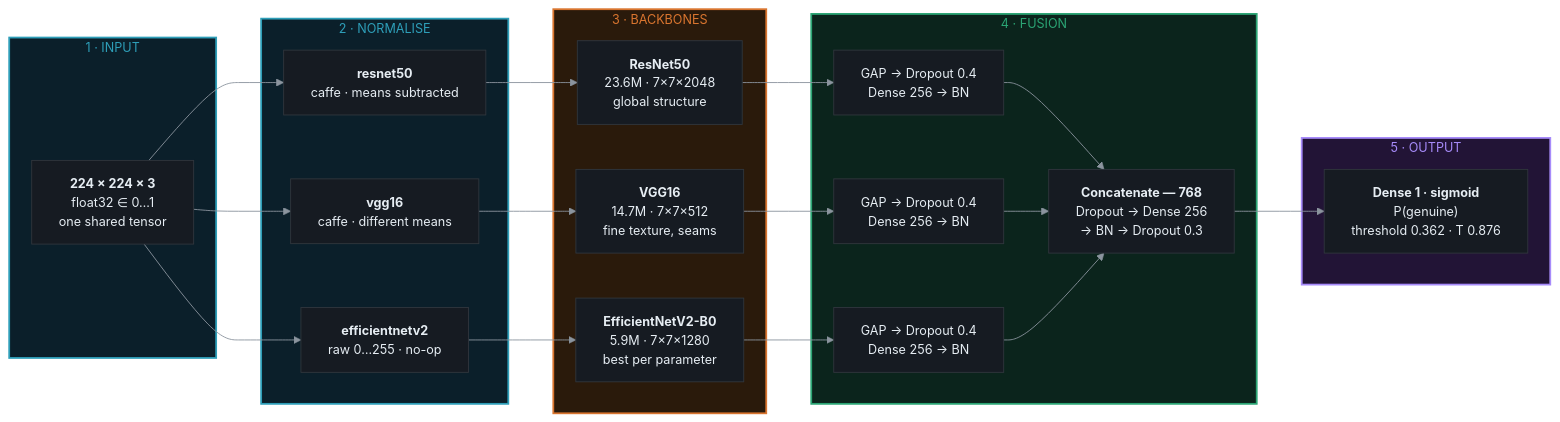
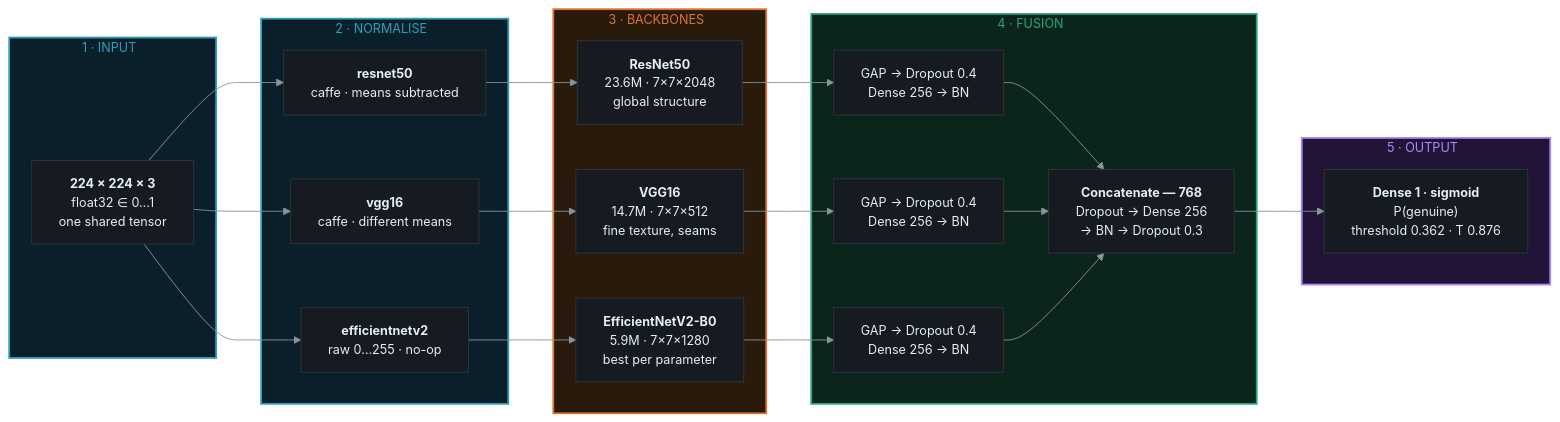
The first of 3 diagrams in README.md (adarshcod30/OpenForensics), drawn with Mermaid before and after one commit. The commit also changed other lines of this file, not shown here.

First line of the commit message:
Stop the diagram section titles clipping

````diff
--- a/README.md
+++ b/README.md
@@ -48,47 +48,47 @@
 ```mermaid
 %%{init: {'theme':'base','themeVariables':{
   'background':'#0d1117','primaryColor':'#161b22','primaryTextColor':'#e6edf3',
   'primaryBorderColor':'#30363d','secondaryColor':'#161b22','tertiaryColor':'#161b22',
   'lineColor':'#8b949e','textColor':'#e6edf3','fontSize':'14px',
   'fontFamily':'ui-sans-serif,-apple-system,Segoe UI,sans-serif',
   'clusterBkg':'transparent','clusterBorder':'#30363d','edgeLabelBackground':'#21262d'
 }}}%%
 flowchart LR
-    subgraph S1["1 · INPUT"]
+    subgraph S1["1 · INPUT&nbsp;&nbsp;"]
         IN["<b>224 × 224 × 3</b><br/>float32 ∈ 0…1<br/>one shared tensor"]
     end
 
-    subgraph S2["2 · NORMALISE"]
+    subgraph S2["2 · NORMALISE&nbsp;&nbsp;"]
         P1["<b>resnet50</b><br/>caffe · means subtracted"]
         P2["<b>vgg16</b><br/>caffe · different means"]
         P3["<b>efficientnetv2</b><br/>raw 0…255 · no-op"]
     end
 
-    subgraph S3["3 · BACKBONES"]
+    subgraph S3["3 · BACKBONES&nbsp;&nbsp;"]
         B1["<b>ResNet50</b><br/>23.6M · 7×7×2048<br/>global structure"]
         B2["<b>VGG16</b><br/>14.7M · 7×7×512<br/>fine texture, seams"]
         B3["<b>EfficientNetV2-B0</b><br/>5.9M · 7×7×1280<br/>best per parameter"]
     end
 
-    subgraph S4["4 · FUSION"]
+    subgraph S4["4 · FUSION&nbsp;&nbsp;"]
         H1["GAP → Dropout 0.4<br/>Dense 256 → BN"]
         H2["GAP → Dropout 0.4<br/>Dense 256 → BN"]
         H3["GAP → Dropout 0.4<br/>Dense 256 → BN"]
         F["<b>Concatenate — 768</b><br/>Dropout → Dense 256<br/>→ BN → Dropout 0.3"]
     end
 
-    subgraph S5["5 · OUTPUT"]
+    subgraph S5["5 · OUTPUT&nbsp;&nbsp;"]
         O["<b>Dense 1 · sigmoid</b><br/>P(genuine)<br/>threshold 0.362 · T 0.876"]
     end
 
     IN --> P1 --> B1 --> H1 --> F
     IN --> P2 --> B2 --> H2 --> F
     IN --> P3 --> B3 --> H3 --> F
     F --> O
 
     style S1 fill:#0b1f2a,stroke:#2E9EB8,stroke-width:2px,color:#2E9EB8
     style S2 fill:#0b1f2a,stroke:#2E9EB8,stroke-width:2px,color:#2E9EB8
     style S3 fill:#2a1a0b,stroke:#D9752F,stroke-width:2px,color:#D9752F
     style S4 fill:#0b241c,stroke:#2BA574,stroke-width:2px,color:#2BA574
     style S5 fill:#221436,stroke:#A78BFA,stroke-width:2px,color:#A78BFA
 ```
````
